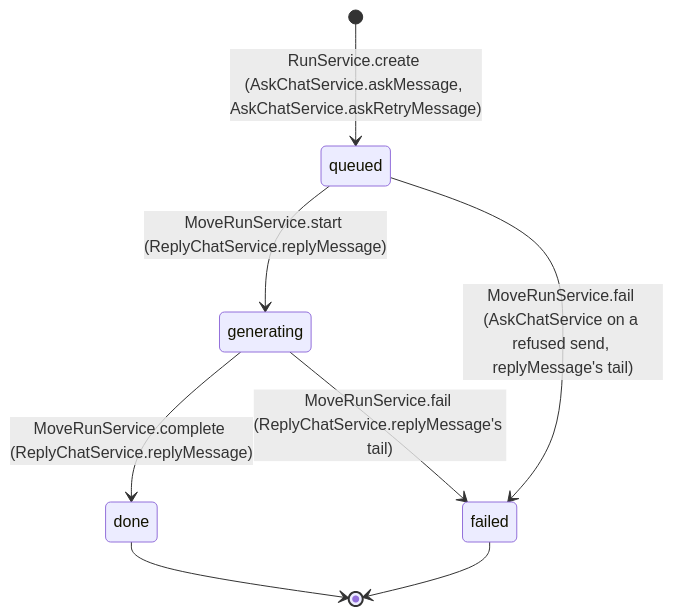
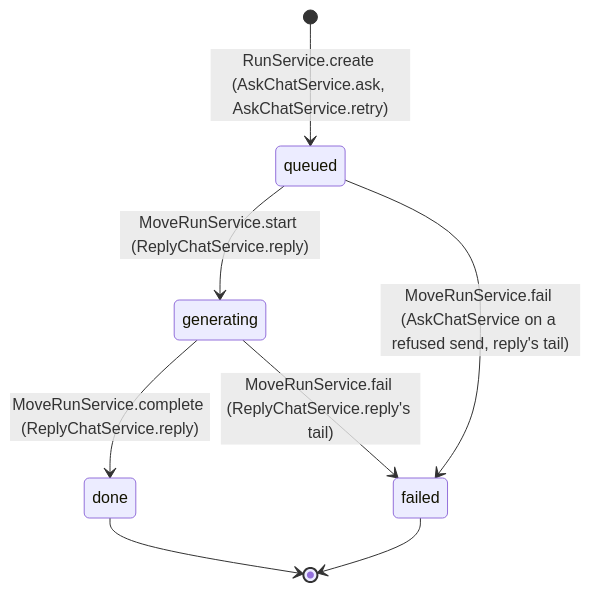
One commit to khotei/app-template changed the diagram in docs/knowledge/database.md. Above: the diagram before and after it, drawn with Mermaid. The commit also changed other lines of this file and 23 other files, not shown here.

````diff
--- a/docs/knowledge/database.md
+++ b/docs/knowledge/database.md
@@ -241,10 +241,10 @@
 ```mermaid
 stateDiagram-v2
-  [*] --> queued: RunService.create (AskChatService.askMessage, AskChatService.askRetryMessage)
-  queued --> generating: MoveRunService.start (ReplyChatService.replyMessage)
-  queued --> failed: MoveRunService.fail (AskChatService on a refused send, replyMessage's tail)
-  generating --> done: MoveRunService.complete (ReplyChatService.replyMessage)
-  generating --> failed: MoveRunService.fail (ReplyChatService.replyMessage's tail)
+  [*] --> queued: RunService.create (AskChatService.ask, AskChatService.retry)
+  queued --> generating: MoveRunService.start (ReplyChatService.reply)
+  queued --> failed: MoveRunService.fail (AskChatService on a refused send, reply's tail)
+  generating --> done: MoveRunService.complete (ReplyChatService.reply)
+  generating --> failed: MoveRunService.fail (ReplyChatService.reply's tail)
   done --> [*]
   failed --> [*]
 ```
````
